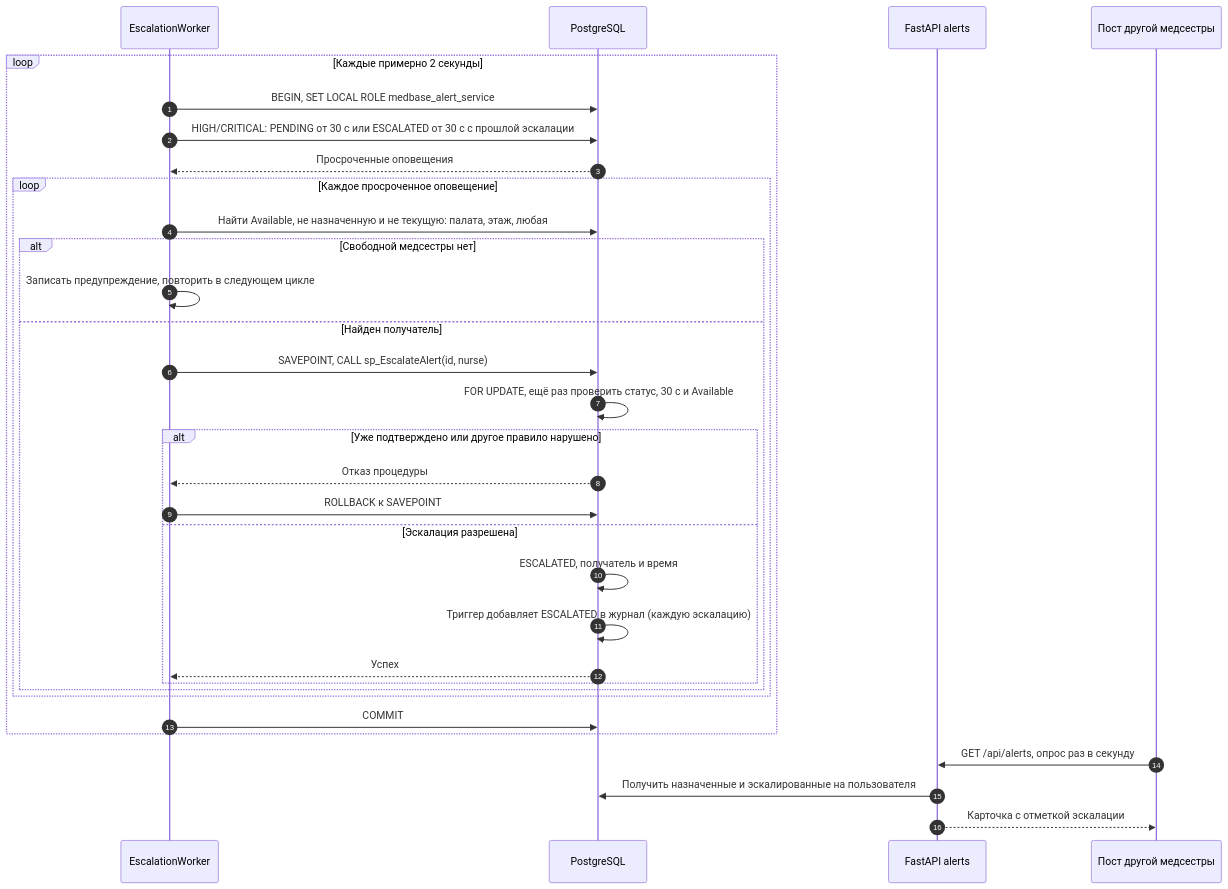
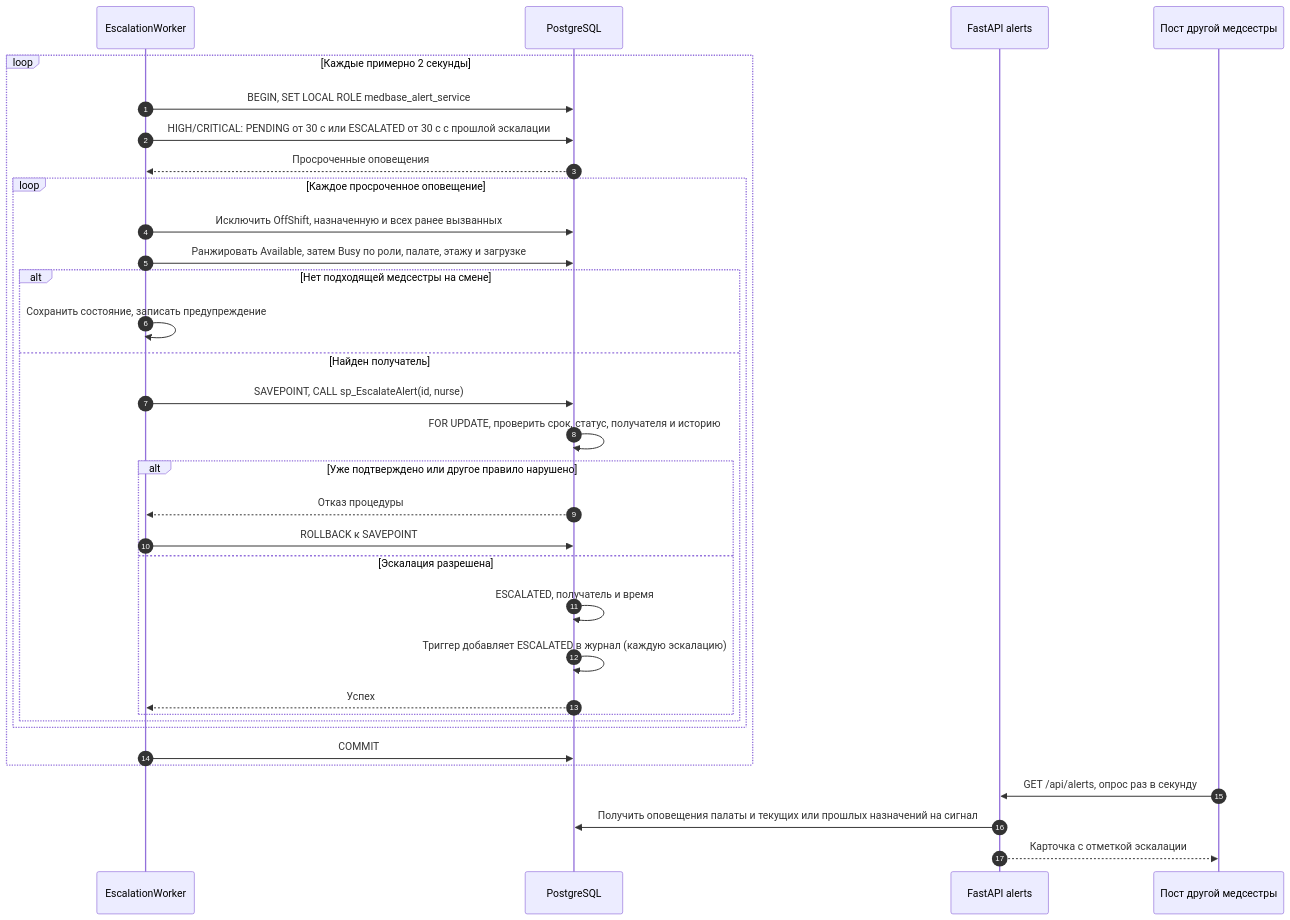
The sixth of 10 diagrams in docs/sequence-diagrams.md (Theleriz/Hospital-Ward-Management), drawn with Mermaid before and after one commit. The commit also changed other lines of this file and 4 other files, not shown here.

````diff
--- a/docs/sequence-diagrams.md
+++ b/docs/sequence-diagrams.md
@@ -255,34 +256,35 @@
 ```mermaid
 sequenceDiagram
     autonumber
     participant Worker as EscalationWorker
     participant DB as PostgreSQL
     participant API as FastAPI alerts
     participant Post as Пост другой медсестры
     loop Каждые примерно 2 секунды
         Worker->>DB: BEGIN, SET LOCAL ROLE medbase_alert_service
         Worker->>DB: HIGH/CRITICAL: PENDING от 30 с или ESCALATED от 30 с с прошлой эскалации
         DB-->>Worker: Просроченные оповещения
         loop Каждое просроченное оповещение
-            Worker->>DB: Найти Available, не назначенную и не текущую: палата, этаж, любая
-            alt Свободной медсестры нет
-                Worker->>Worker: Записать предупреждение, повторить в следующем цикле
+            Worker->>DB: Исключить OffShift, назначенную и всех ранее вызванных
+            Worker->>DB: Ранжировать Available, затем Busy по роли, палате, этажу и загрузке
+            alt Нет подходящей медсестры на смене
+                Worker->>Worker: Сохранить состояние, записать предупреждение
             else Найден получатель
                 Worker->>DB: SAVEPOINT, CALL sp_EscalateAlert(id, nurse)
-                DB->>DB: FOR UPDATE, ещё раз проверить статус, 30 с и Available
+                DB->>DB: FOR UPDATE, проверить срок, статус, получателя и историю
                 alt Уже подтверждено или другое правило нарушено
                     DB-->>Worker: Отказ процедуры
                     Worker->>DB: ROLLBACK к SAVEPOINT
                 else Эскалация разрешена
                     DB->>DB: ESCALATED, получатель и время
                     DB->>DB: Триггер добавляет ESCALATED в журнал (каждую эскалацию)
                     DB-->>Worker: Успех
                 end
             end
         end
         Worker->>DB: COMMIT
     end
     Post->>API: GET /api/alerts, опрос раз в секунду
-    API->>DB: Получить назначенные и эскалированные на пользователя
+    API->>DB: Получить оповещения палаты и текущих или прошлых назначений на сигнал
     API-->>Post: Карточка с отметкой эскалации
 ```
````
